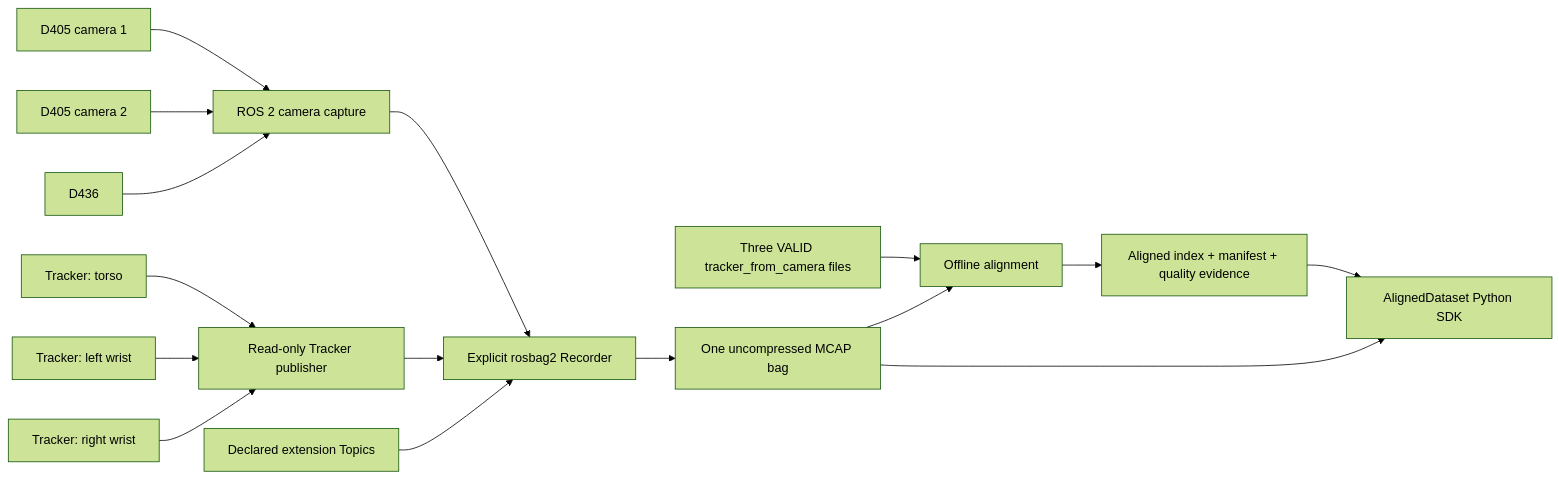
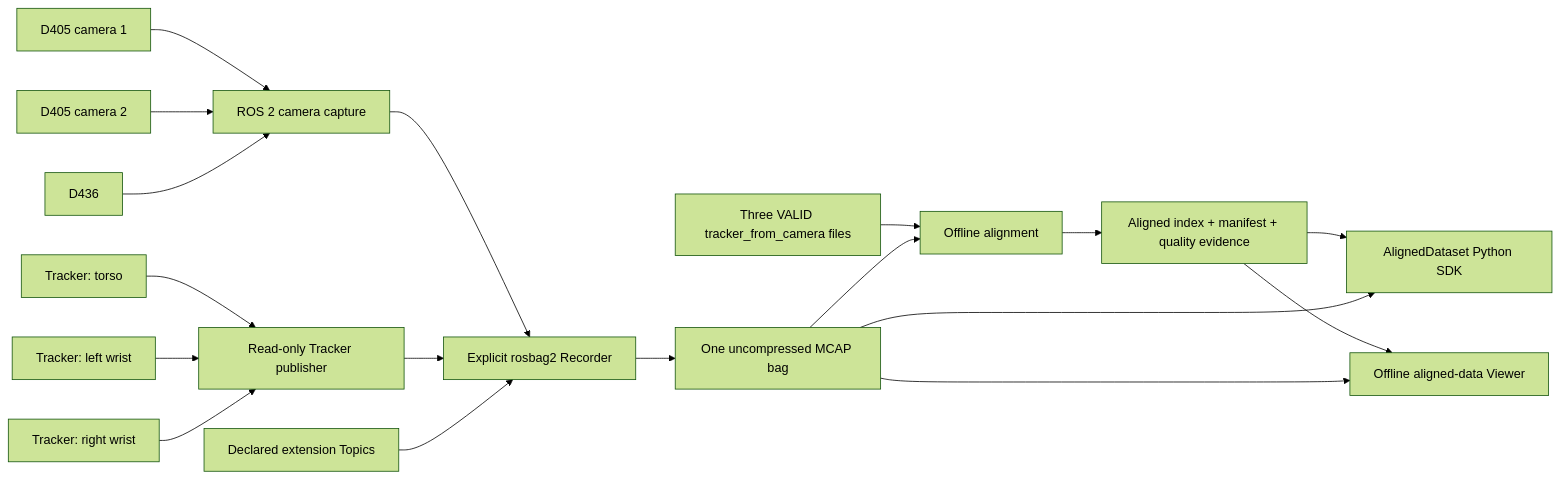
Before and after one commit to yanglei18/VisionTactile-Dataset: the diagram in README.md, drawn with Mermaid (forest theme). The commit also changed other lines of this file and 21 other files, not shown here.

````diff
--- a/README.md
+++ b/README.md
@@ -60,18 +61,20 @@
 ```mermaid
 flowchart LR
     C1[D405 camera 1] --> RC[ROS 2 camera capture]
     C2[D405 camera 2] --> RC
     C3[D436] --> RC
     T1[Tracker: torso] --> TP[Read-only Tracker publisher]
     T2[Tracker: left wrist] --> TP
     T3[Tracker: right wrist] --> TP
     RC --> R[Explicit rosbag2 Recorder]
     TP --> R
     X[Declared extension Topics] --> R
     R --> B[One uncompressed MCAP bag]
     E[Three VALID tracker_from_camera files] --> A[Offline alignment]
     B --> A
     A --> O[Aligned index + manifest + quality evidence]
     O --> S[AlignedDataset Python SDK]
     B --> S
+    O --> V[Offline aligned-data Viewer]
+    B --> V
 ```
````
